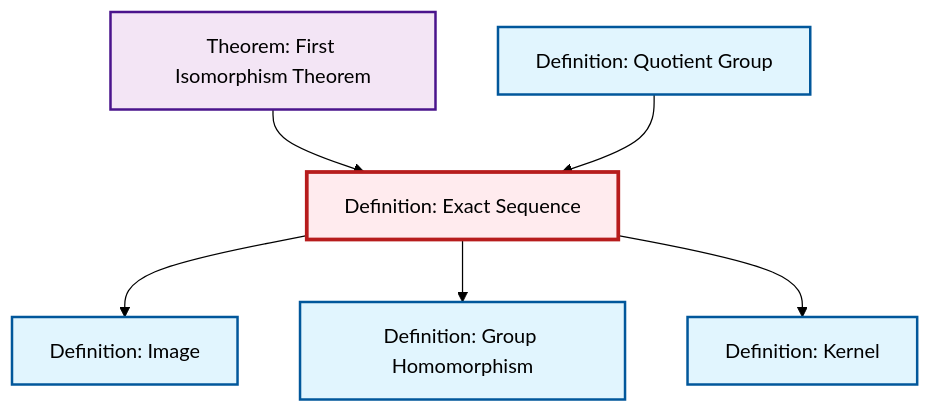
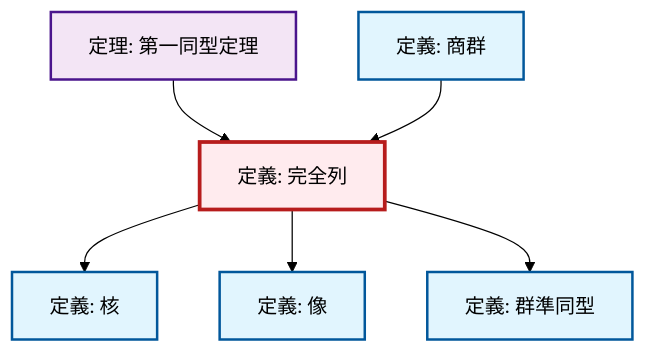
One commit to RK0429/ModernMath changed the diagram in content/ja/algebra/def-exact-sequence.qmd. Above: the diagram before and after it, drawn with Mermaid (forest theme). The commit also changed 1069 other files, not shown here.

````diff
--- a/content/ja/algebra/def-exact-sequence.qmd
+++ b/content/ja/algebra/def-exact-sequence.qmd
@@ -106,26 +106,26 @@
 ```{mermaid}
 %%| fig-cap: "Local dependency graph"
 graph TD
     classDef definition fill:#e1f5fe,stroke:#01579b,stroke-width:2px
     classDef theorem fill:#f3e5f5,stroke:#4a148c,stroke-width:2px
     classDef axiom fill:#fff3e0,stroke:#e65100,stroke-width:2px
     classDef example fill:#e8f5e9,stroke:#1b5e20,stroke-width:2px
     classDef current fill:#ffebee,stroke:#b71c1c,stroke-width:3px
-    def-image["Definition: Image"]:::definition
-    thm-first-isomorphism["Theorem: First Isomorphism Theorem"]:::theorem
-    def-quotient-group["Definition: Quotient Group"]:::definition
-    def-kernel["Definition: Kernel"]:::definition
-    def-homomorphism["Definition: Group Homomorphism"]:::definition
-    def-exact-sequence["Definition: Exact Sequence"]:::definition
+    def-image["定義: 像"]:::definition
+    def-exact-sequence["定義: 完全列"]:::definition
+    thm-first-isomorphism["定理: 第一同型定理"]:::theorem
+    def-quotient-group["定義: 商群"]:::definition
+    def-homomorphism["定義: 群準同型"]:::definition
+    def-kernel["定義: 核"]:::definition
+    def-exact-sequence --> def-kernel
+    thm-first-isomorphism --> def-exact-sequence
     def-exact-sequence --> def-image
-    thm-first-isomorphism --> def-exact-sequence
+    def-quotient-group --> def-exact-sequence
     def-exact-sequence --> def-homomorphism
-    def-quotient-group --> def-exact-sequence
-    def-exact-sequence --> def-kernel
     class def-exact-sequence current
-    click def-image "def-image.html" "Definition: Imageへ"
-    click thm-first-isomorphism "thm-first-isomorphism.html" "Theorem: First Isomorphism Theoremへ"
-    click def-quotient-group "def-quotient-group.html" "Definition: Quotient Groupへ"
-    click def-kernel "def-kernel.html" "Definition: Kernelへ"
-    click def-homomorphism "def-homomorphism.html" "Definition: Group Homomorphismへ"
+    click def-image "def-image.html" "像の定義へ"
+    click thm-first-isomorphism "thm-first-isomorphism.html" "第一同型定理の定理へ"
+    click def-quotient-group "def-quotient-group.html" "商群の定義へ"
+    click def-homomorphism "def-homomorphism.html" "群準同型の定義へ"
+    click def-kernel "def-kernel.html" "核の定義へ"
 ```
````
